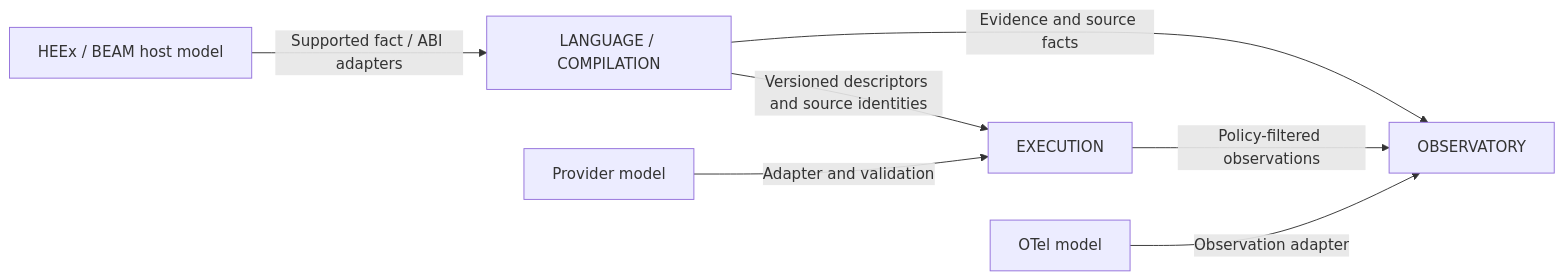
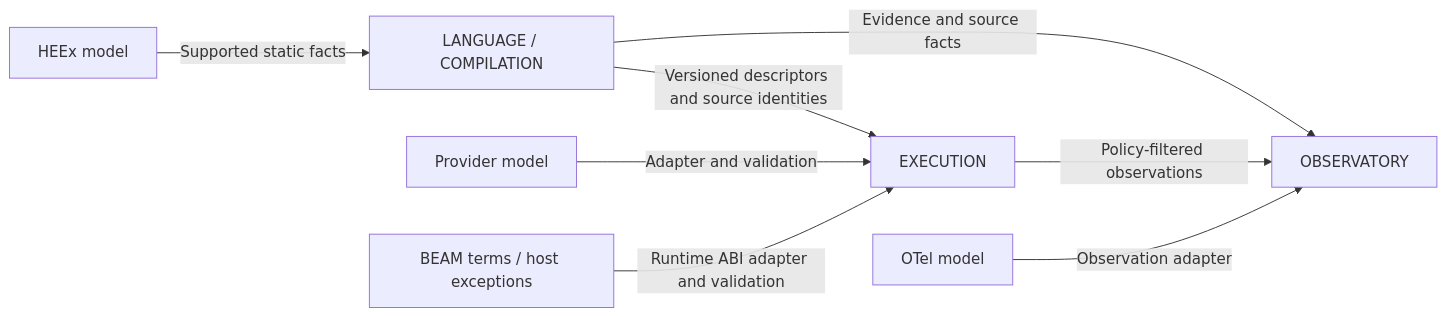
The diagram in wiki/planning/context-map.md (13ue/beaml), drawn with Mermaid before and after one commit. The commit also changed 1 other file, not shown here.

Commit message:
Clarify the UI EVENT and the CONTEXT MAP

````diff
--- a/wiki/planning/context-map.md
+++ b/wiki/planning/context-map.md
@@ -24,9 +24,10 @@
 ```mermaid
 flowchart LR
   C[LANGUAGE / COMPILATION] -->|Versioned descriptors and source identities| E[EXECUTION]
   C -->|Evidence and source facts| O[OBSERVATORY]
   E -->|Policy-filtered observations| O
   P[Provider model] -->|Adapter and validation| E
-  H[HEEx / BEAM host model] -->|Supported fact / ABI adapters| C
+  H[HEEx model] -->|Supported static facts| C
+  B[BEAM terms / host exceptions] -->|Runtime ABI adapter and validation| E
   T[OTel model] -->|Observation adapter| O
 ```
````
